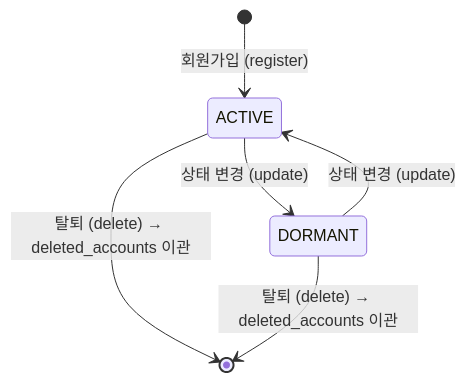
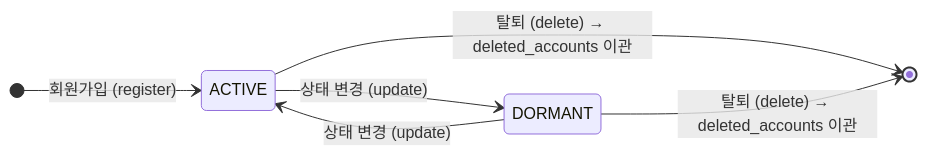
One commit to AIOT3-miniDooray-team11/miniDooray-AccountAPI changed the second of 3 diagrams in ERD.md. Above: the diagram before and after it, drawn with Mermaid. The commit also changed other lines of this file and 1 other file, not shown here.

Commit message:
erd 보강

````diff
--- a/ERD.md
+++ b/ERD.md
@@ -76,8 +69,9 @@
 ```mermaid
 stateDiagram-v2
+    direction LR
     [*] --> ACTIVE : 회원가입 (register)
     ACTIVE --> DORMANT : 상태 변경 (update)
     DORMANT --> ACTIVE : 상태 변경 (update)
     ACTIVE --> [*] : 탈퇴 (delete) → deleted_accounts 이관
     DORMANT --> [*] : 탈퇴 (delete) → deleted_accounts 이관
 ```
````
